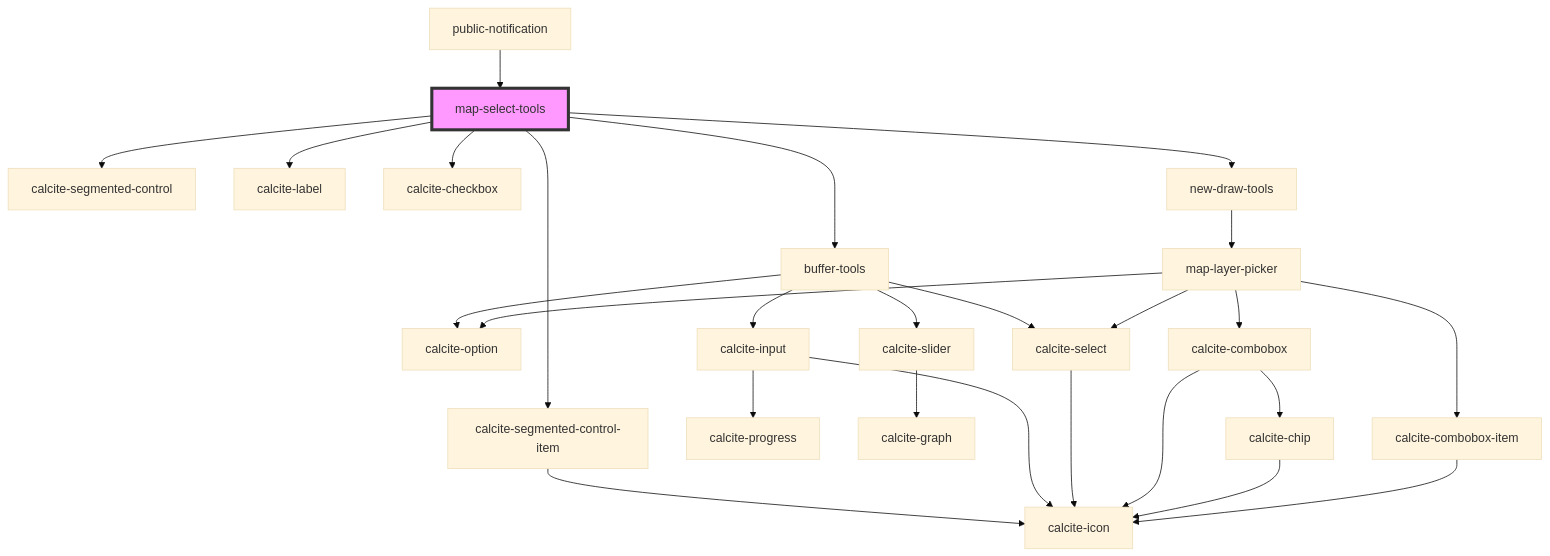
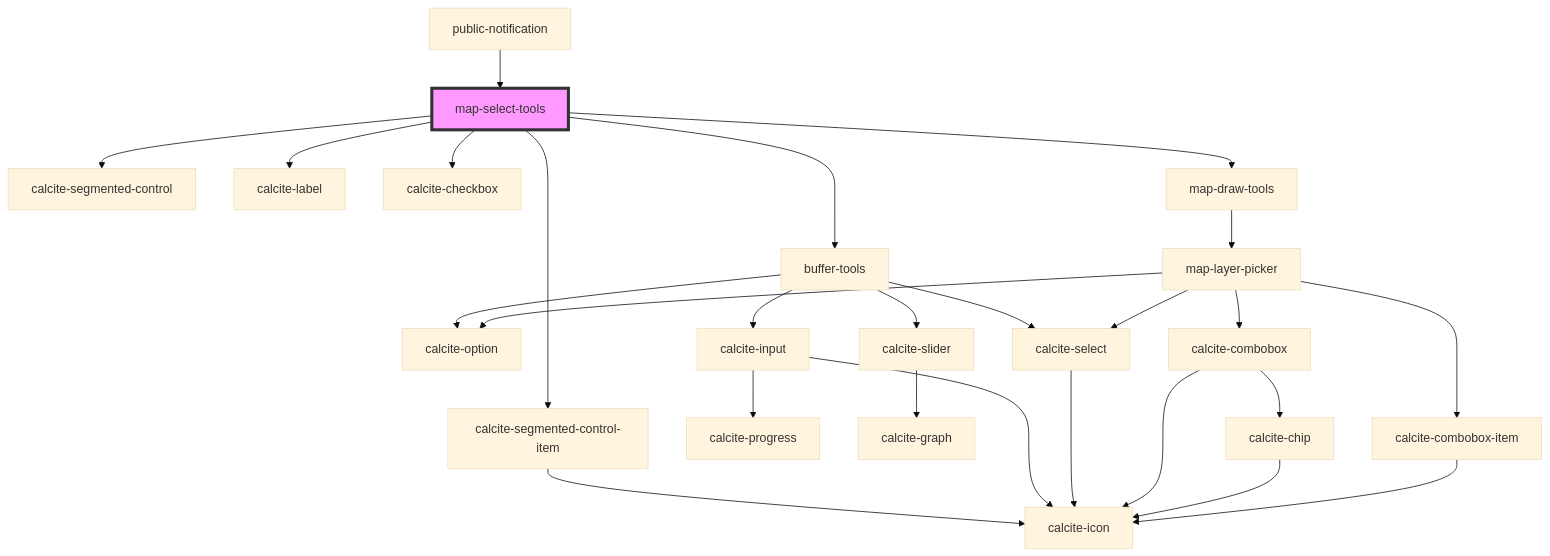
Before and after one commit to Esri/solutions-components: the diagram in src/components/map-select-tools/readme.md, drawn with Mermaid (base theme). The commit also changed other lines of this file and 13 other files, not shown here.

Commit message:
rename back to map-draw-tools

````diff
--- a/src/components/map-select-tools/readme.md
+++ b/src/components/map-select-tools/readme.md
@@ -78,29 +78,29 @@
 ```mermaid
 graph TD;
   map-select-tools --> calcite-segmented-control
   map-select-tools --> calcite-segmented-control-item
   map-select-tools --> calcite-label
   map-select-tools --> calcite-checkbox
   map-select-tools --> buffer-tools
-  map-select-tools --> new-draw-tools
+  map-select-tools --> map-draw-tools
   calcite-segmented-control-item --> calcite-icon
   buffer-tools --> calcite-option
   buffer-tools --> calcite-input
   buffer-tools --> calcite-select
   buffer-tools --> calcite-slider
   calcite-input --> calcite-progress
   calcite-input --> calcite-icon
   calcite-select --> calcite-icon
   calcite-slider --> calcite-graph
-  new-draw-tools --> map-layer-picker
+  map-draw-tools --> map-layer-picker
   map-layer-picker --> calcite-select
   map-layer-picker --> calcite-combobox
   map-layer-picker --> calcite-combobox-item
   map-layer-picker --> calcite-option
   calcite-combobox --> calcite-chip
   calcite-combobox --> calcite-icon
   calcite-chip --> calcite-icon
   calcite-combobox-item --> calcite-icon
   public-notification --> map-select-tools
   style map-select-tools fill:#f9f,stroke:#333,stroke-width:4px
 ```
````
